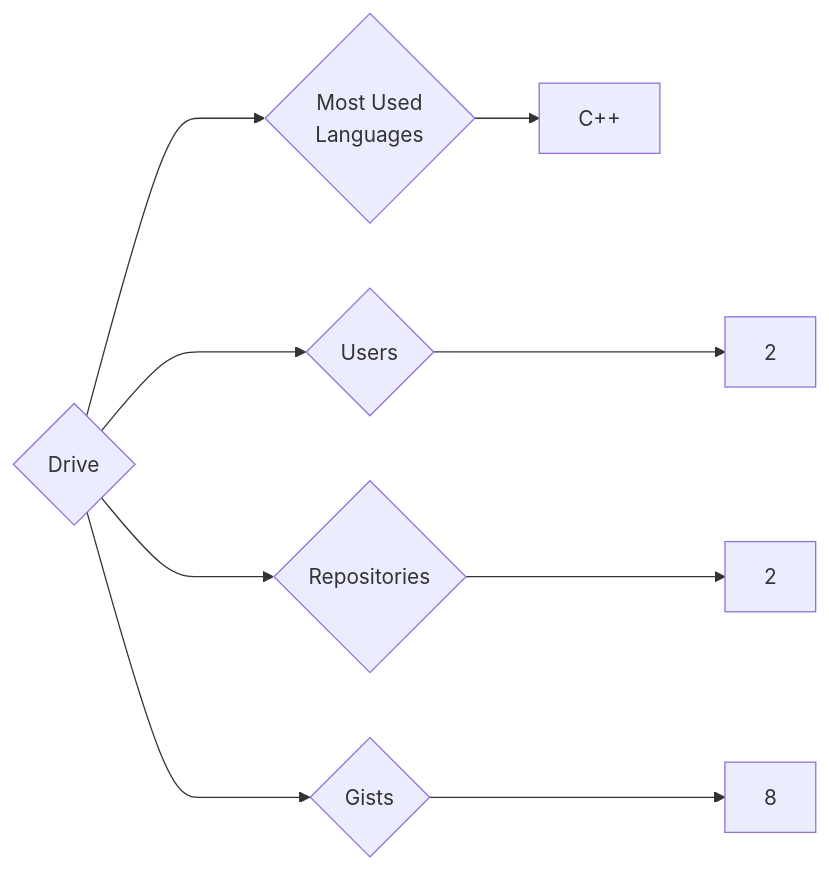
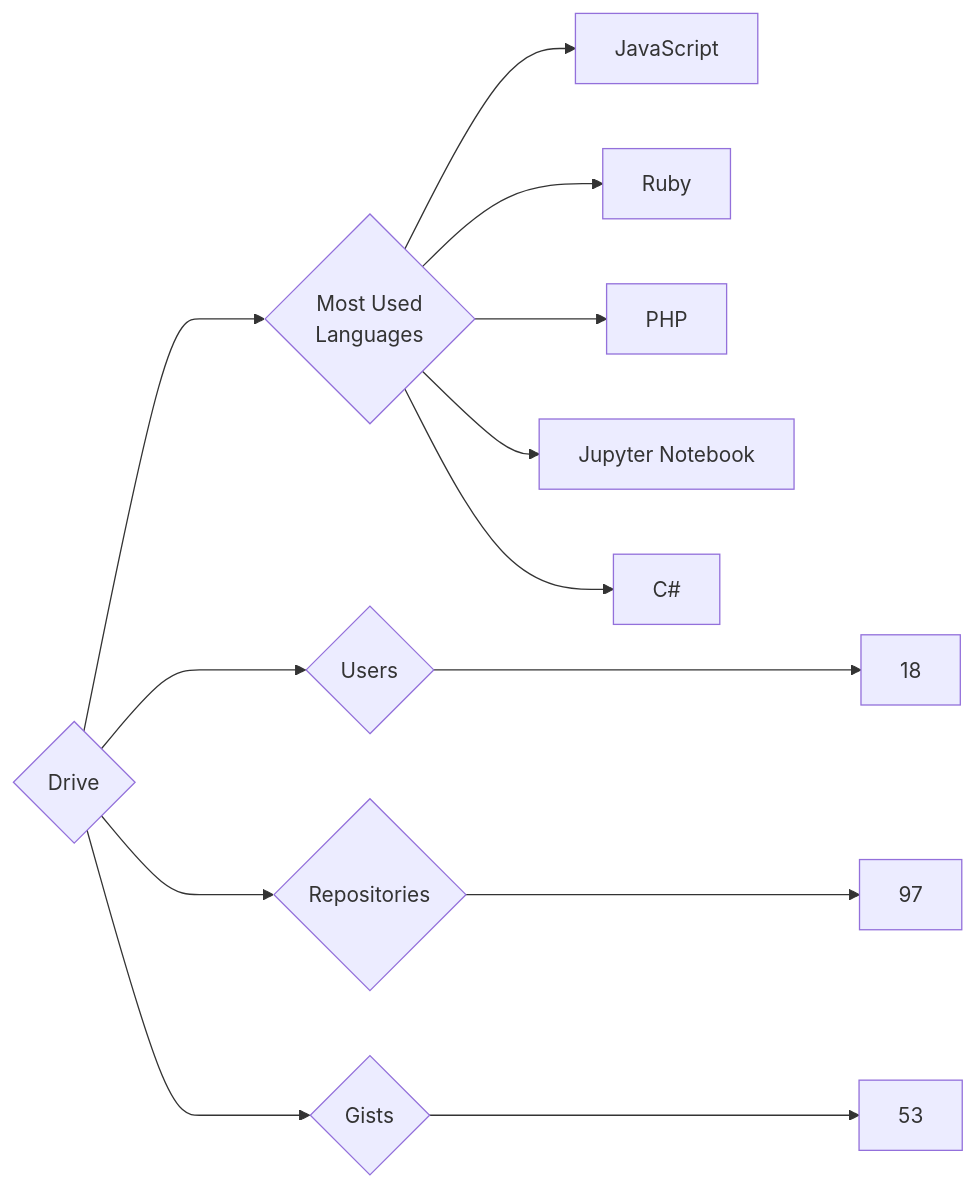
One commit to trickest/insiders changed the diagram in targets/Drive/README.md. Above: the diagram before and after it, drawn with Mermaid. The commit also changed 826 other files, not shown here.

````diff
--- a/targets/Drive/README.md
+++ b/targets/Drive/README.md
@@ -3,9 +3,13 @@
 ```mermaid
 graph LR
 COMPANY_NAME{Drive}
-COMPANY_NAME ---> U{Users} ---> UN[2]
-COMPANY_NAME ---> R{Repositories} ---> RN[2]
-COMPANY_NAME ---> G{Gists} ---> GN[8]
+COMPANY_NAME ---> U{Users} ---> UN[18]
+COMPANY_NAME ---> R{Repositories} ---> RN[97]
+COMPANY_NAME ---> G{Gists} ---> GN[53]
 COMPANY_NAME ---> ML{Most Used<br>Languages}
-ML --> C++[C++]
+ML --> JavaScript[JavaScript]
+ML --> Ruby[Ruby]
+ML --> PHP[PHP]
+ML --> Jupyter_Notebook[Jupyter Notebook]
+ML --> C#[C#]
 ```
````
